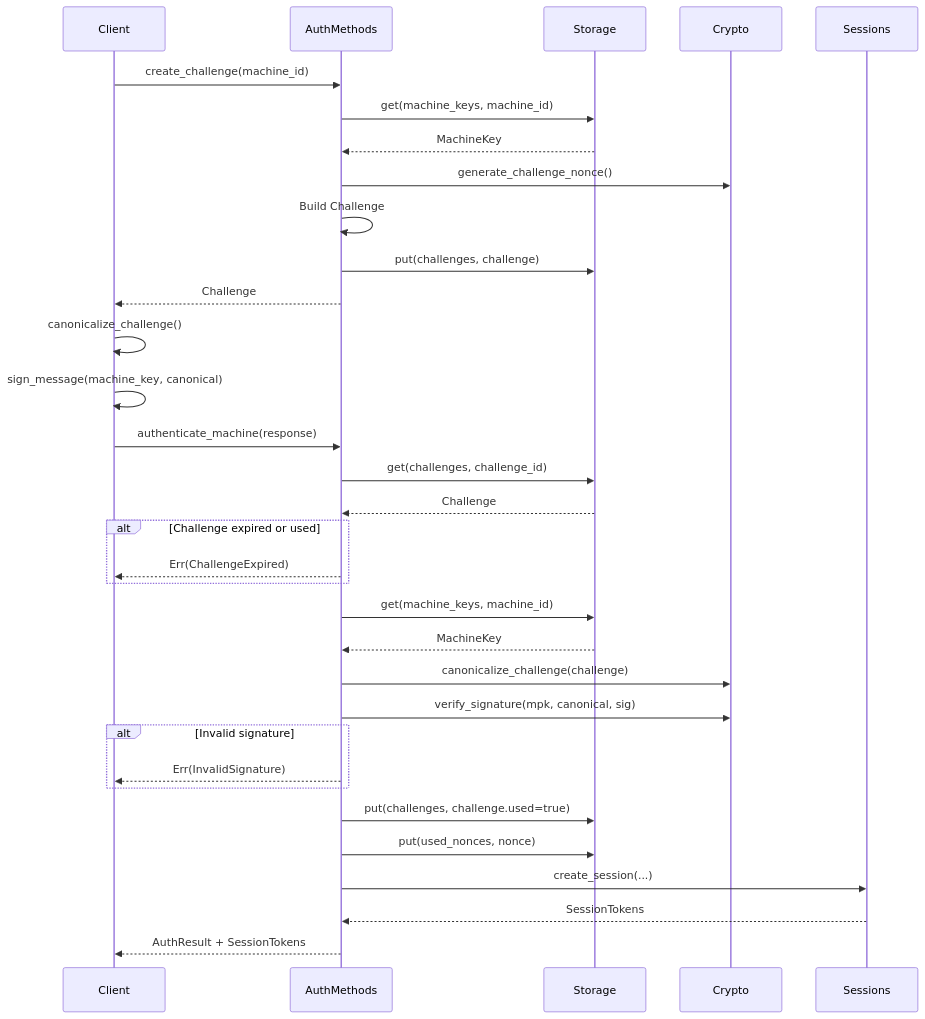
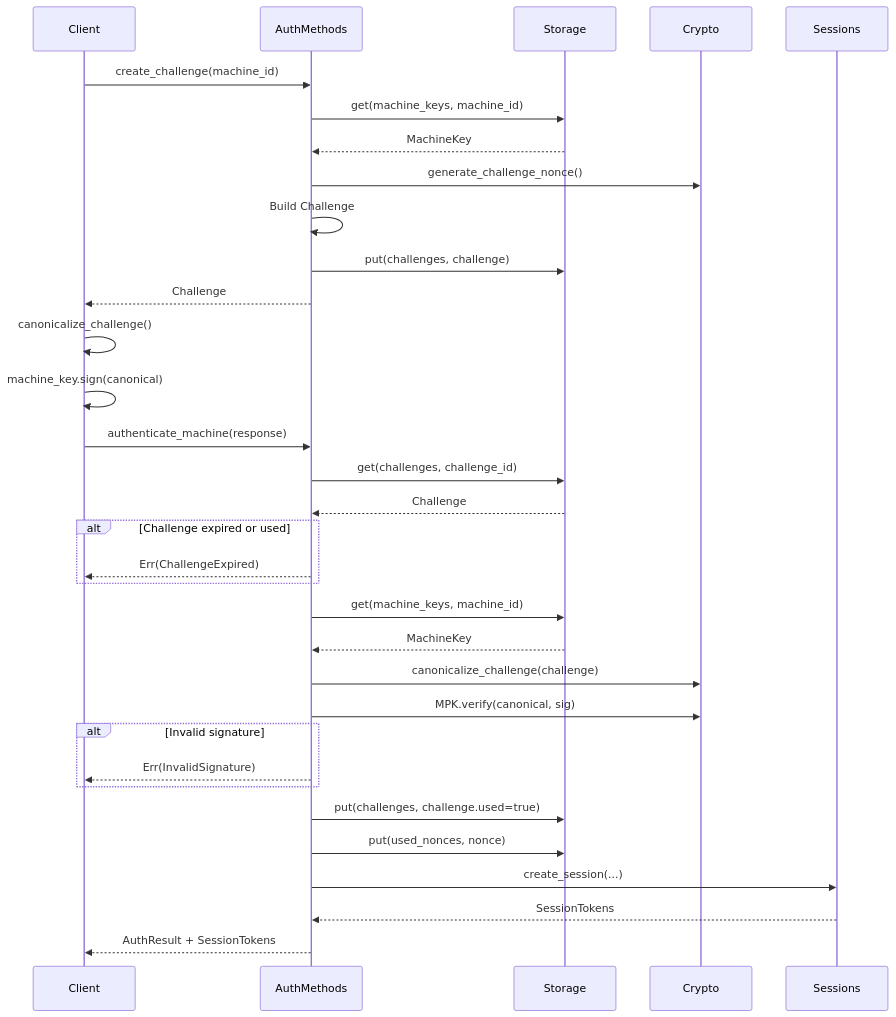
One commit to cypher-asi/zero-auth changed the fifth of 7 diagrams in docs/spec/v0.1.1/07-methods.md. Above: the diagram before and after it, drawn with Mermaid. The commit also changed 8 other files, not shown here.

````diff
--- a/docs/spec/v0.1.1/07-methods.md
+++ b/docs/spec/v0.1.1/07-methods.md
@@ -508,47 +508,47 @@
 ```mermaid
 sequenceDiagram
     participant Client
     participant Methods as AuthMethods
     participant Storage
     participant Crypto
     participant Sessions
     
     Client->>Methods: create_challenge(machine_id)
     Methods->>Storage: get(machine_keys, machine_id)
     Storage-->>Methods: MachineKey
     
     Methods->>Crypto: generate_challenge_nonce()
     Methods->>Methods: Build Challenge
     Methods->>Storage: put(challenges, challenge)
     Methods-->>Client: Challenge
     
     Client->>Client: canonicalize_challenge()
-    Client->>Client: sign_message(machine_key, canonical)
+    Client->>Client: machine_key.sign(canonical)
     
     Client->>Methods: authenticate_machine(response)
     
     Methods->>Storage: get(challenges, challenge_id)
     Storage-->>Methods: Challenge
     
     alt Challenge expired or used
         Methods-->>Client: Err(ChallengeExpired)
     end
     
     Methods->>Storage: get(machine_keys, machine_id)
     Storage-->>Methods: MachineKey
     
     Methods->>Crypto: canonicalize_challenge(challenge)
-    Methods->>Crypto: verify_signature(mpk, canonical, sig)
+    Methods->>Crypto: MPK.verify(canonical, sig)
     
     alt Invalid signature
         Methods-->>Client: Err(InvalidSignature)
     end
     
     Methods->>Storage: put(challenges, challenge.used=true)
     Methods->>Storage: put(used_nonces, nonce)
     
     Methods->>Sessions: create_session(...)
     Sessions-->>Methods: SessionTokens
     
     Methods-->>Client: AuthResult + SessionTokens
 ```
````
